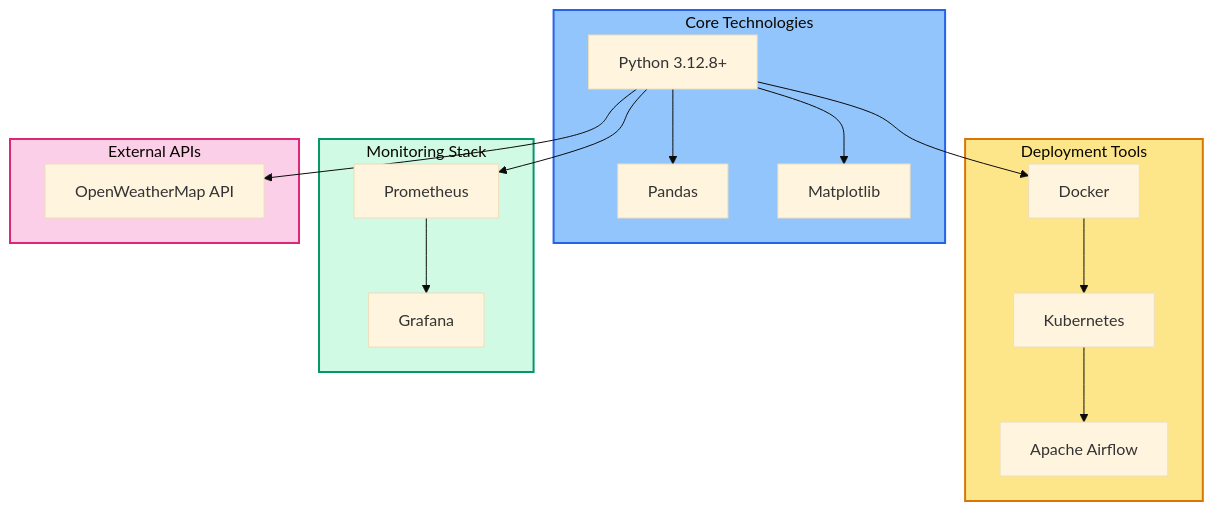
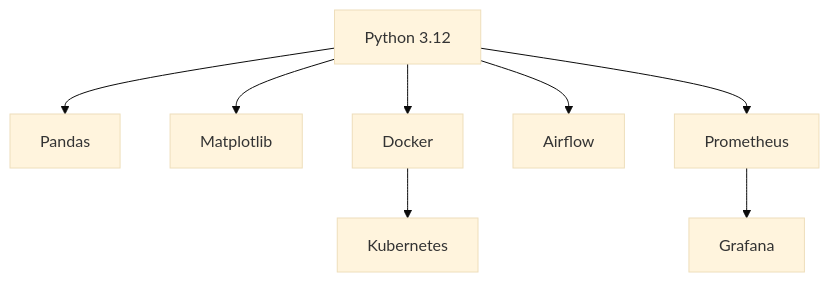
The second of 4 diagrams in README.md (fahmizainal17/OpenWeatherMap_Data_Pipeline_Engineering_Project), drawn with Mermaid (base theme) before and after one commit. The commit also changed other lines of this file, not shown here.

````diff
--- a/README.md
+++ b/README.md
@@ -146,37 +95,9 @@
 ```mermaid
 flowchart TD
-    subgraph Core["Core Technologies"]
-        Python["Python 3.12.8+"]
-        Pandas["Pandas"]
-        Matplotlib["Matplotlib"]
-    end
-    
-    subgraph Deployment["Deployment Tools"]
-        Docker["Docker"]
-        K8s["Kubernetes"]
-        Airflow["Apache Airflow"]
-    end
-    
-    subgraph Monitoring["Monitoring Stack"]
-        Prometheus["Prometheus"]
-        Grafana["Grafana"]
-    end
-    
-    subgraph API["External APIs"]
-        Weather["OpenWeatherMap API"]
-    end
-    
-    Python --> Weather
-    Python --> Pandas
-    Python --> Matplotlib
-    Python --> Docker
-    Docker --> K8s
-    K8s --> Airflow
-    Python --> Prometheus
-    Prometheus --> Grafana
-    
-    style Core fill:#93c5fd,stroke:#2563eb,stroke-width:2px
-    style Deployment fill:#fde68a,stroke:#d97706,stroke-width:2px
-    style Monitoring fill:#d1fae5,stroke:#059669,stroke-width:2px
-    style API fill:#fbcfe8,stroke:#db2777,stroke-width:2px
+    Python[Python 3.12] --> Pandas[Pandas] & Matplotlib[Matplotlib]
+    Python --> Docker[Docker]
+    Docker --> K8s[Kubernetes]
+    Python --> Airflow[Airflow]
+    Python --> Prometheus[Prometheus]
+    Prometheus --> Grafana[Grafana]
 ```
````
